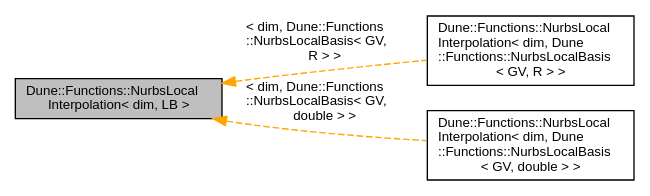
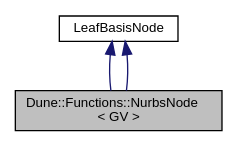
One commit to rath3t/dune-iga-doc changed the diagram in df/d29/a01329.dot. Above: the diagram before and after it, drawn with Graphviz. The commit also changed 1689 other files, not shown here.

```diff
--- a/df/d29/a01329.dot
+++ b/df/d29/a01329.dot
@@ -1,12 +1,10 @@
-digraph "Dune::Functions::NurbsLocalInterpolation&lt; dim, LB &gt;"
+digraph "Dune::Functions::NurbsNode&lt; GV &gt;"
 {
  // LATEX_PDF_SIZE
   edge [fontname="Helvetica",fontsize="10",labelfontname="Helvetica",labelfontsize="10"];
   node [fontname="Helvetica",fontsize="10",shape=record];
-  rankdir="LR";
-  Node1 [label="Dune::Functions::NurbsLocal\lInterpolation\< dim, LB \>",height=0.2,width=0.4,color="black", fillcolor="grey75", style="filled", fontcolor="black",tooltip="Local interpolation in the sense of dune-localfunctions, for the B-spline basis on tensor-product gri..."];
-  Node1 -> Node2 [dir="back",color="orange",fontsize="10",style="dashed",label=" \< dim, Dune::Functions\l::NurbsLocalBasis\< GV,\l R \> \>" ,fontname="Helvetica"];
-  Node2 [label="Dune::Functions::NurbsLocal\lInterpolation\< dim, Dune\l::Functions::NurbsLocalBasis\l\< GV, R \> \>",height=0.2,width=0.4,color="black", fillcolor="white", style="filled",URL="$d5/d78/a01330.html",tooltip=" "];
-  Node1 -> Node3 [dir="back",color="orange",fontsize="10",style="dashed",label=" \< dim, Dune::Functions\l::NurbsLocalBasis\< GV,\l double \> \>" ,fontname="Helvetica"];
-  Node3 [label="Dune::Functions::NurbsLocal\lInterpolation\< dim, Dune\l::Functions::NurbsLocalBasis\l\< GV, double \> \>",height=0.2,width=0.4,color="black", fillcolor="white", style="filled",URL="$d5/d78/a01330.html",tooltip=" "];
+  Node1 [label="Dune::Functions::NurbsNode\l\< GV \>",height=0.2,width=0.4,color="black", fillcolor="grey75", style="filled", fontcolor="black",tooltip=" "];
+  Node2 -> Node1 [dir="back",color="midnightblue",fontsize="10",style="solid",fontname="Helvetica"];
+  Node2 [label="LeafBasisNode",height=0.2,width=0.4,color="black", fillcolor="white", style="filled",tooltip=" "];
+  Node2 -> Node1 [dir="back",color="midnightblue",fontsize="10",style="solid",fontname="Helvetica"];
 }
```
